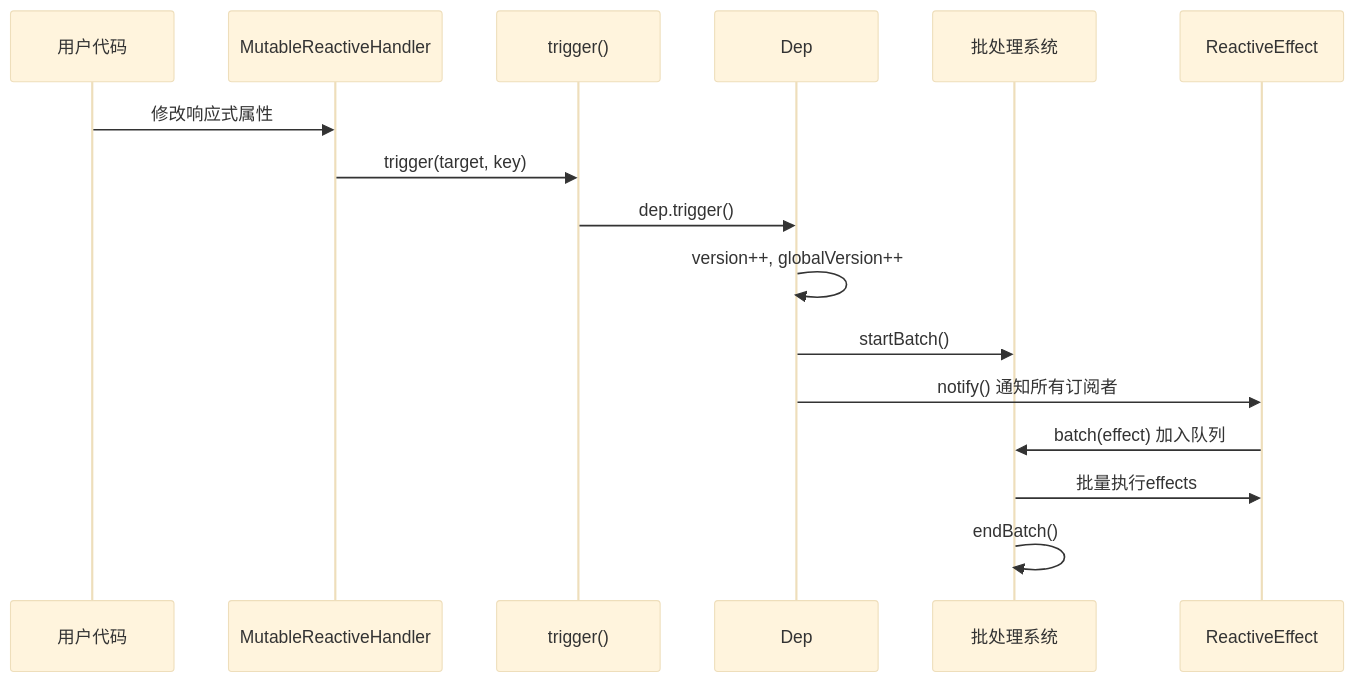
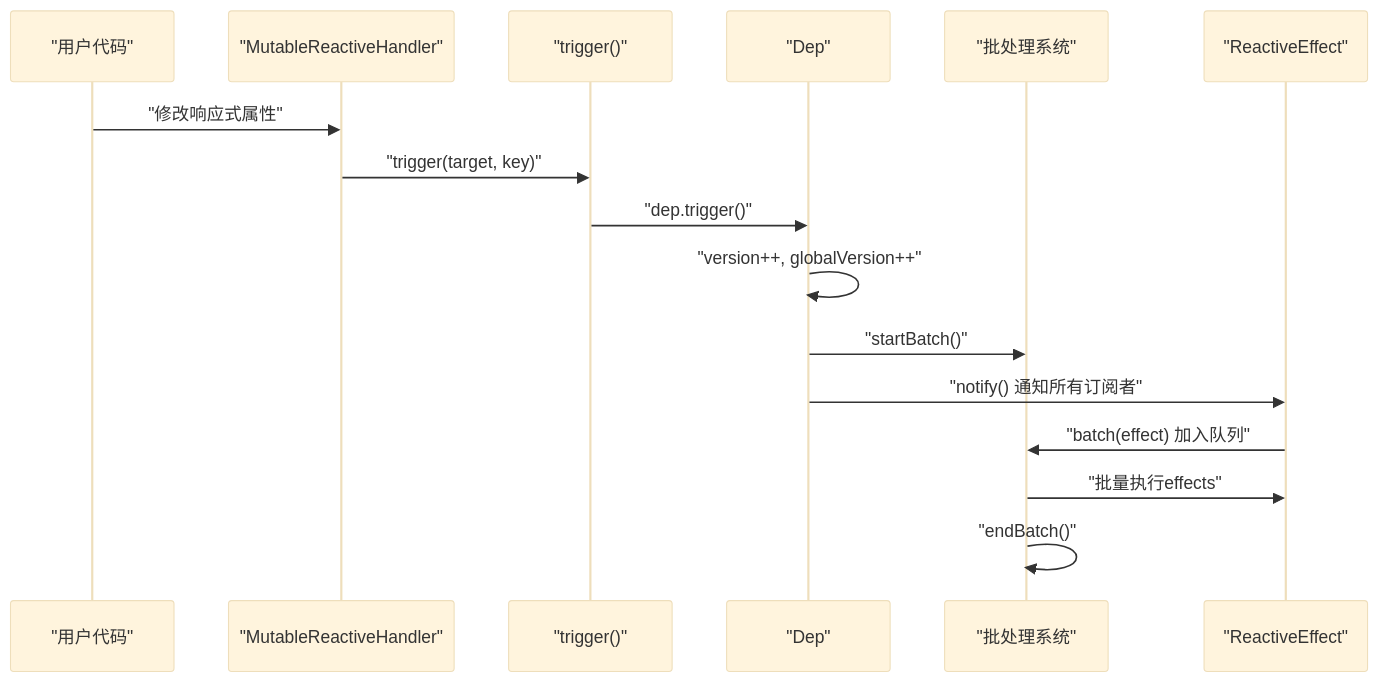
The fourth of 4 diagrams in analysis/Vue3响应式系统架构分析与流程图.md (JZH189/vue3), drawn with Mermaid (base theme) before and after one commit. The commit also changed other lines of this file and 1 other file, not shown here.

````diff
--- a/analysis/Vue3响应式系统架构分析与流程图.md
+++ b/analysis/Vue3响应式系统架构分析与流程图.md
@@ -117,19 +117,19 @@
 ```mermaid
 sequenceDiagram
-    participant User as 用户代码
-    participant Handler as MutableReactiveHandler
-    participant Trigger as trigger()
-    participant Dep as Dep
-    participant Batch as 批处理系统
-    participant Effect as ReactiveEffect
+    participant User as "用户代码"
+    participant Handler as "MutableReactiveHandler"
+    participant Trigger as "trigger()"
+    participant Dep as "Dep"
+    participant Batch as "批处理系统"
+    participant Effect as "ReactiveEffect"
 
-    User->>Handler: 修改响应式属性
-    Handler->>Trigger: trigger(target, key)
-    Trigger->>Dep: dep.trigger()
-    Dep->>Dep: version++, globalVersion++
-    Dep->>Batch: startBatch()
-    Dep->>Effect: notify() 通知所有订阅者
-    Effect->>Batch: batch(effect) 加入队列
-    Batch->>Effect: 批量执行effects
-    Batch->>Batch: endBatch()
+    User->>Handler: "修改响应式属性"
+    Handler->>Trigger: "trigger(target, key)"
+    Trigger->>Dep: "dep.trigger()"
+    Dep->>Dep: "version++, globalVersion++"
+    Dep->>Batch: "startBatch()"
+    Dep->>Effect: "notify() 通知所有订阅者"
+    Effect->>Batch: "batch(effect) 加入队列"
+    Batch->>Effect: "批量执行effects"
+    Batch->>Batch: "endBatch()"
 ```
````
